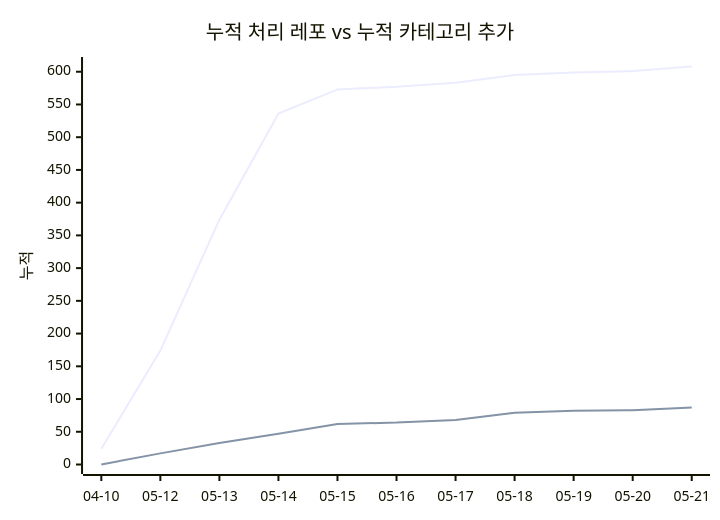
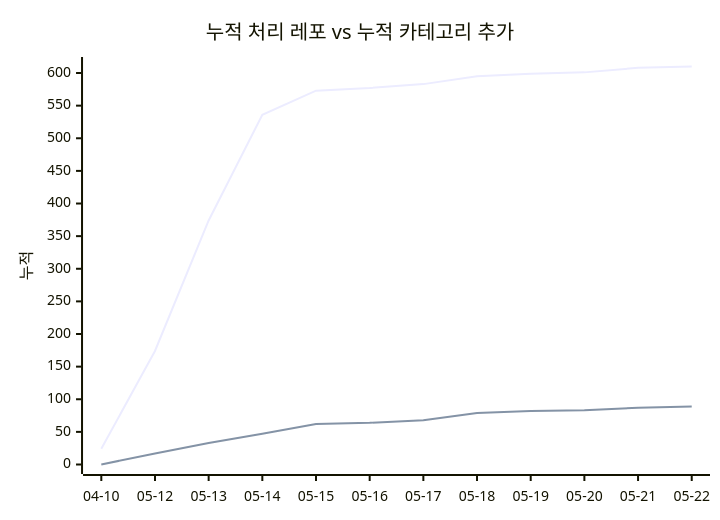
One commit to J-nowcow/awesome-korean-agent-skills changed the second of 2 diagrams in docs/trends.md. Above: the diagram before and after it, drawn with Mermaid. The commit also changed other lines of this file and 5 other files, not shown here.

````diff
--- a/docs/trends.md
+++ b/docs/trends.md
@@ -65,8 +66,8 @@
 ```mermaid
 xychart-beta
     title "누적 처리 레포 vs 누적 카테고리 추가"
-    x-axis ["04-10","05-12","05-13","05-14","05-15","05-16","05-17","05-18","05-19","05-20","05-21"]
+    x-axis ["04-10","05-12","05-13","05-14","05-15","05-16","05-17","05-18","05-19","05-20","05-21","05-22"]
     y-axis "누적"
-    line [24,174,374,536,573,577,583,595,599,601,608]
-    line [0,17,33,47,62,64,68,79,82,83,87]
+    line [24,174,374,536,573,577,583,595,599,601,608,610]
+    line [0,17,33,47,62,64,68,79,82,83,87,89]
 ```
````
